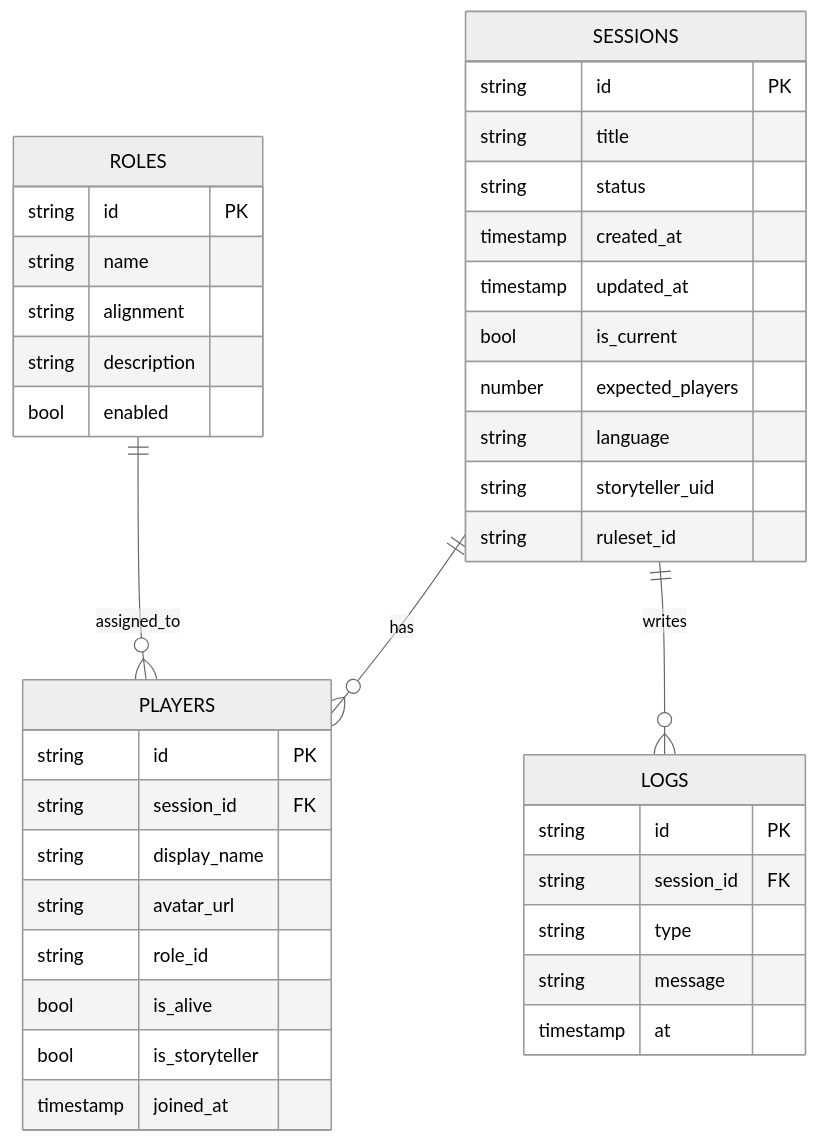
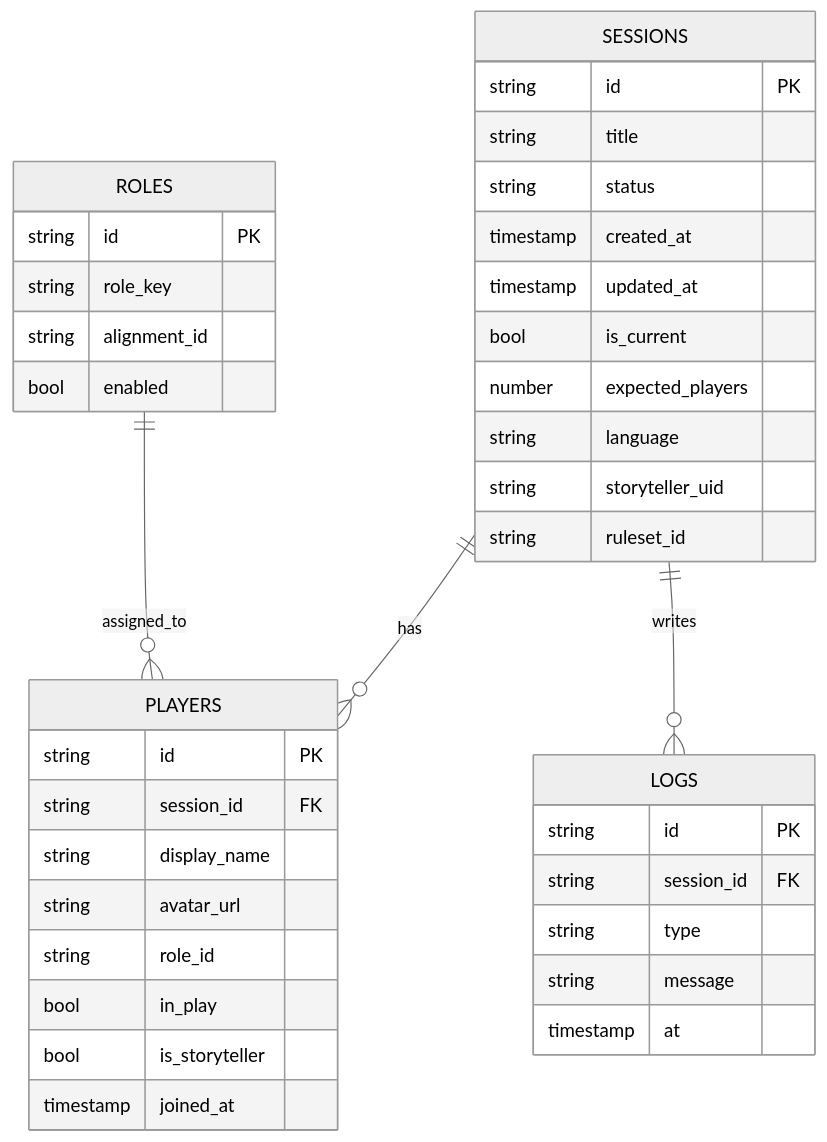
The third of 3 diagrams in docs/arquitectura.md (juanramonmorandeira/castronegro-director), drawn with Mermaid (neutral theme) before and after one commit. The commit also changed other lines of this file and 63 other files, not shown here.

````diff
--- a/docs/arquitectura.md
+++ b/docs/arquitectura.md
@@ -85,46 +90,45 @@
 ```mermaid
 erDiagram
   SESSIONS {
     string id PK
     string title
     string status
     timestamp created_at
     timestamp updated_at
     bool is_current
     number expected_players
     string language
     string storyteller_uid
     string ruleset_id
   }
 
   PLAYERS {
     string id PK
     string session_id FK
     string display_name
     string avatar_url
     string role_id
-    bool is_alive
+    bool in_play
     bool is_storyteller
     timestamp joined_at
   }
 
   ROLES {
     string id PK
-    string name
-    string alignment
-    string description
+    string role_key
+    string alignment_id
     bool enabled
   }
 
   LOGS {
     string id PK
     string session_id FK
     string type
     string message
     timestamp at
   }
 
   SESSIONS ||--o{ PLAYERS : has
   SESSIONS ||--o{ LOGS : writes
   ROLES ||--o{ PLAYERS : assigned_to
 ```
````
